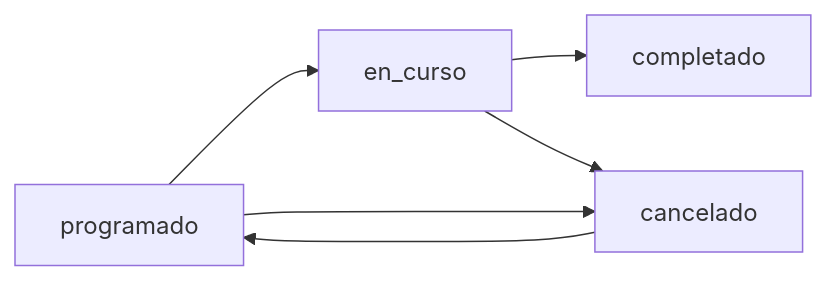
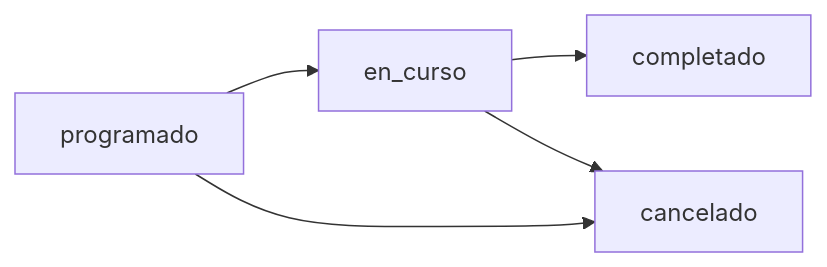
The second of 5 diagrams in docs/ESTADOS_TRANSICIONES.md (mg15best/impulsa-lov), drawn with Mermaid before and after one commit. The commit also changed other lines of this file and 1 other file, not shown here.

````diff
--- a/docs/ESTADOS_TRANSICIONES.md
+++ b/docs/ESTADOS_TRANSICIONES.md
@@ -80,8 +87,7 @@
 ```mermaid
 graph LR
     A[programado] --> B[en_curso]
+    A[programado] --> D[cancelado]
     B --> C[completado]
-    A --> D[cancelado]
     B --> D[cancelado]
-    D --> A[programado]
 ```
````
